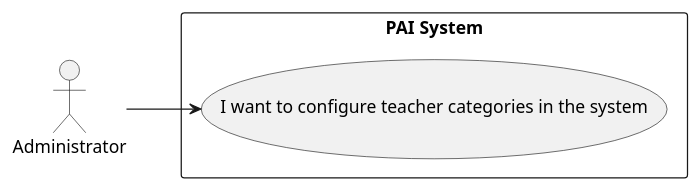
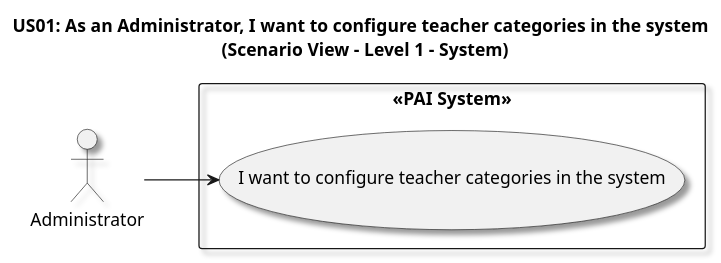
The diagram in docs/US01/Sprint6_RestAPI/ScenarioView/Leve1.puml (GasparISEP/DevOps-PAI), drawn with PlantUML before and after one commit. The commit also changed 3 other files, not shown here.

Commit message:
doc (scenario): update scenario view diagrams at level 1, 3 and 4 (#532, #613)

```diff
--- a/docs/US01/Sprint6_RestAPI/ScenarioView/Leve1.puml
+++ b/docs/US01/Sprint6_RestAPI/ScenarioView/Leve1.puml
@@ -1,14 +1,19 @@
 @startuml
+
+title US01: As an Administrator, I want to configure teacher categories in the system \n (Scenario View - Level 1 - System)
+
+skinparam defaultTextAlignment center
+skinparam shadowing true
 
 left to right direction
 skinparam packageStyle rectangle
 
 actor "Administrator" as admin
 
-rectangle "PAI System" {
+rectangle "<<PAI System>>" {
     usecase "I want to configure teacher categories in the system" as UC01
 }
 
 admin --> UC01
 
 @enduml
```
